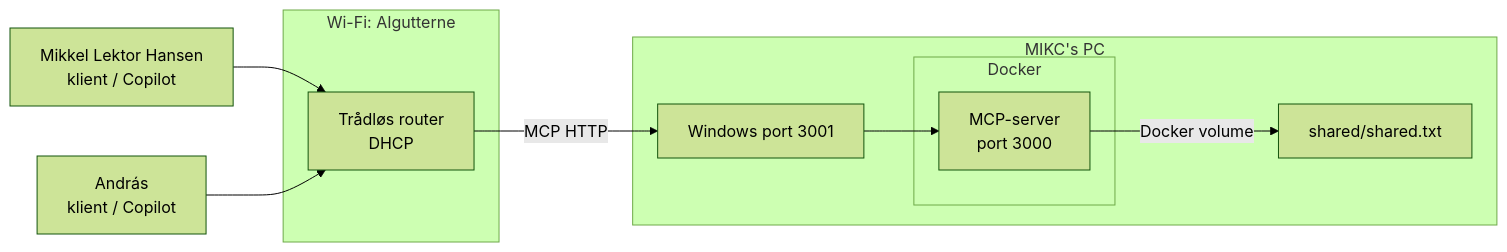
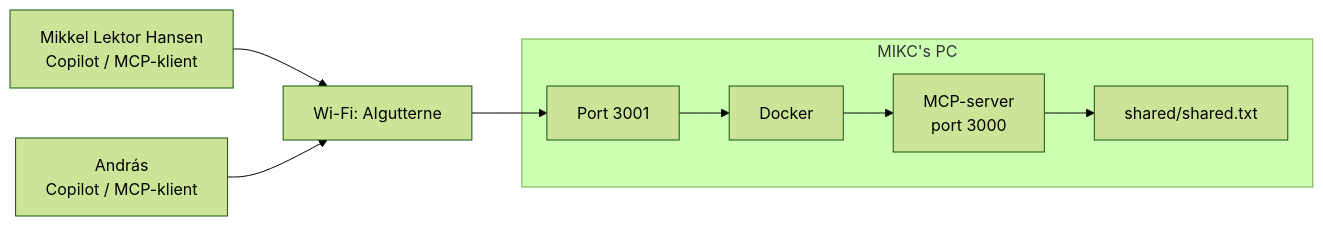
Before and after one commit to krollchristensen/mcp-lan-file-server_mhan_anac: the diagram in README.md, drawn with Mermaid (forest theme). The commit also changed other lines of this file and 1 other file, not shown here.

````diff
--- a/README.md
+++ b/README.md
@@ -22,26 +15,20 @@
 ```mermaid
 flowchart LR
-    H["Mikkel Lektor Hansen<br>klient / Copilot"]
-    A["András<br>klient / Copilot"]
-
-    subgraph LAN["Wi-Fi: AIgutterne"]
-        R["Trådløs router<br>DHCP"]
-    end
+    H["Mikkel Lektor Hansen<br>Copilot / MCP-klient"]
+    A["András<br>Copilot / MCP-klient"]
+    R["Wi-Fi: AIgutterne"]
 
     subgraph MIKC["MIKC's PC"]
-        P["Windows port 3001"]
-
-        subgraph D["Docker"]
-            M["MCP-server<br>port 3000"]
-        end
-
+        P["Port 3001"]
+        D["Docker"]
+        M["MCP-server<br>port 3000"]
         F["shared/shared.txt"]
-
-        P --> M
-        M -->|"Docker volume"| F
+        P --> D
+        D --> M
+        M --> F
     end
 
     H --> R
     A --> R
-    R -->|"MCP HTTP"| P
+    R --> P
 ```
````
